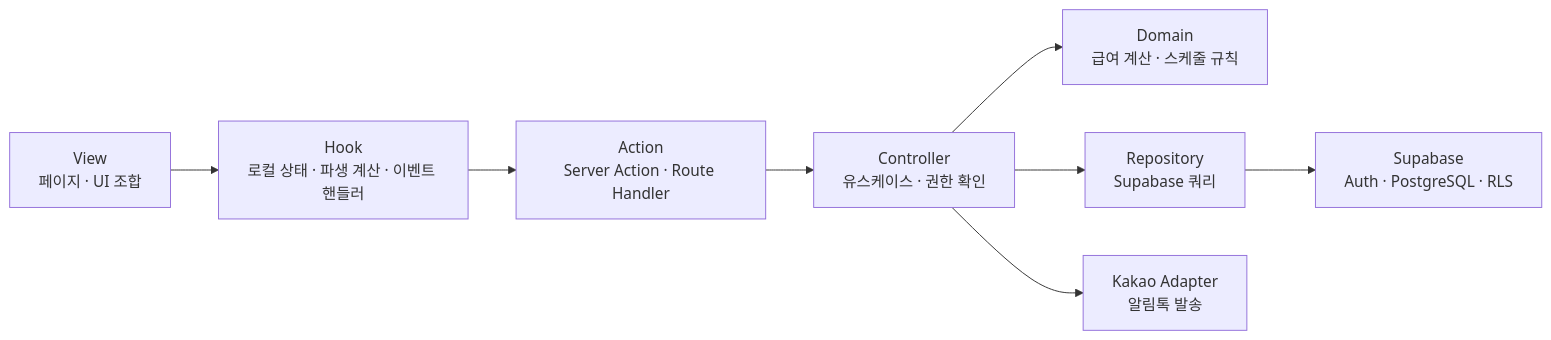
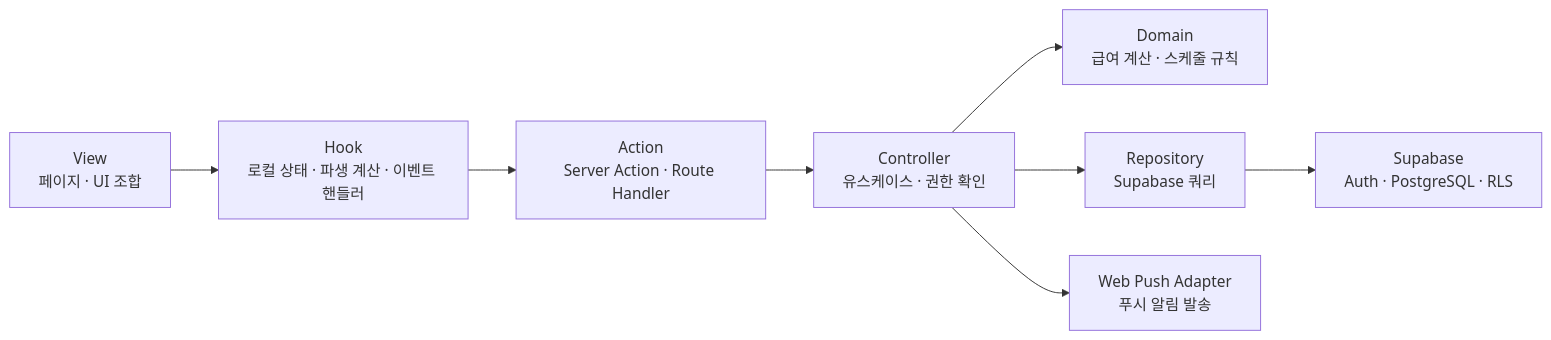
Before and after one commit to dv-yeop920/Lavi-crew: the diagram in docs/architecture.md, drawn with Mermaid. The commit also changed other lines of this file and 60 other files, not shown here.

First line of the commit message:
feat: replace Kakao Alimtalk with Web Push (VAPID) notification system

````diff
--- a/docs/architecture.md
+++ b/docs/architecture.md
@@ -15,10 +15,10 @@
 ```mermaid
 flowchart LR
   V["View<br/>페이지 · UI 조합"] --> H["Hook<br/>로컬 상태 · 파생 계산 · 이벤트 핸들러"]
   H --> A["Action<br/>Server Action · Route Handler"]
   A --> C["Controller<br/>유스케이스 · 권한 확인"]
   C --> D["Domain<br/>급여 계산 · 스케줄 규칙"]
   C --> R["Repository<br/>Supabase 쿼리"]
   R --> S["Supabase<br/>Auth · PostgreSQL · RLS"]
-  C --> K["Kakao Adapter<br/>알림톡 발송"]
+  C --> K["Web Push Adapter<br/>푸시 알림 발송"]
 ```
````
